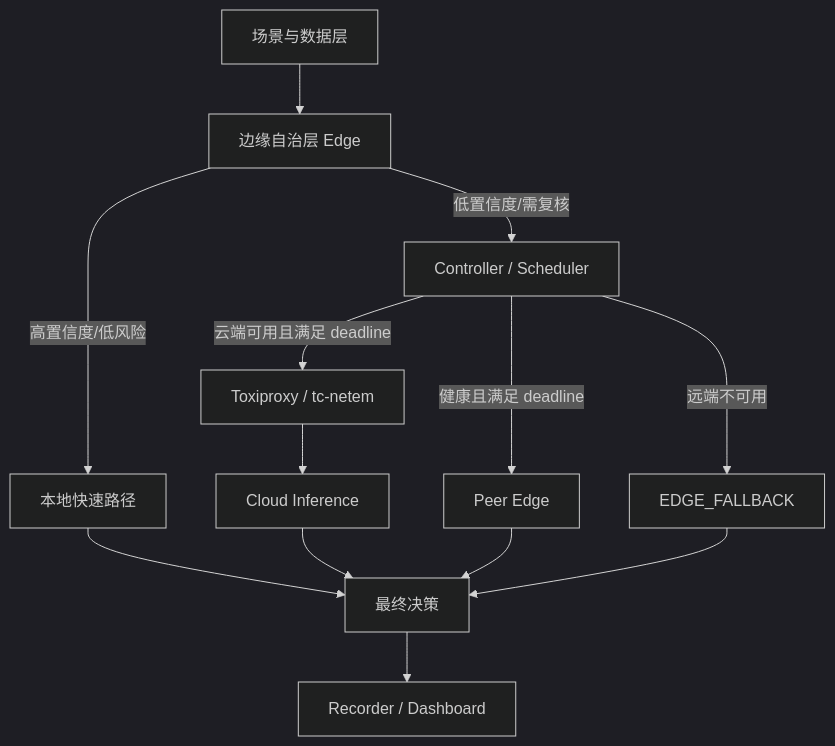
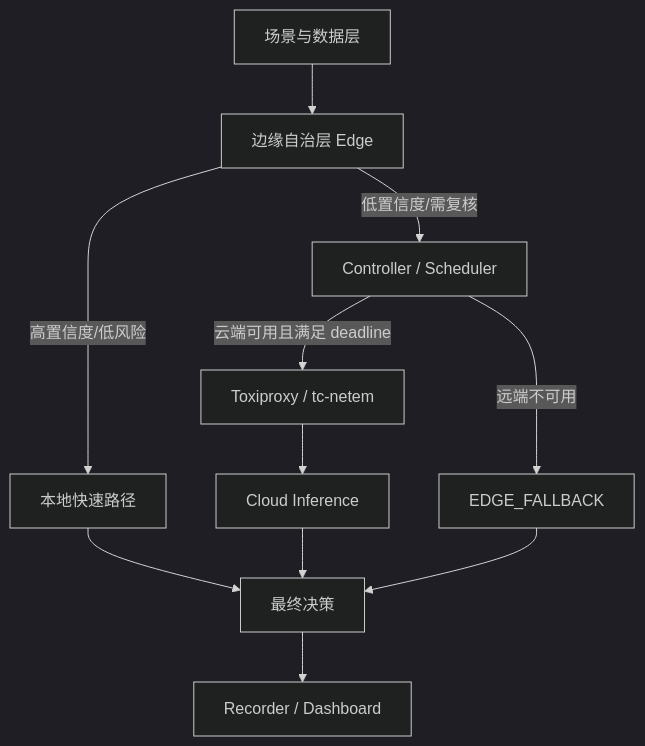
One commit to jry21223/cloud-edge-decision-system changed the first of 3 diagrams in docs/ARCHITECTURE.md. Above: the diagram before and after it, drawn with Mermaid (dark theme). The commit also changed other lines of this file and 16 other files, not shown here.

````diff
--- a/docs/ARCHITECTURE.md
+++ b/docs/ARCHITECTURE.md
@@ -12,15 +12,13 @@
 ```mermaid
 flowchart TB
     A[场景与数据层] --> B[边缘自治层 Edge]
     B -->|高置信度/低风险| C[本地快速路径]
     B -->|低置信度/需复核| D[Controller / Scheduler]
     D -->|云端可用且满足 deadline| E[Toxiproxy / tc-netem]
     E --> F[Cloud Inference]
-    D -->|健康且满足 deadline| G[Peer Edge]
     D -->|远端不可用| H[EDGE_FALLBACK]
     C --> I[最终决策]
     F --> I
-    G --> I
     H --> I
     I --> J[Recorder / Dashboard]
 ```
````
